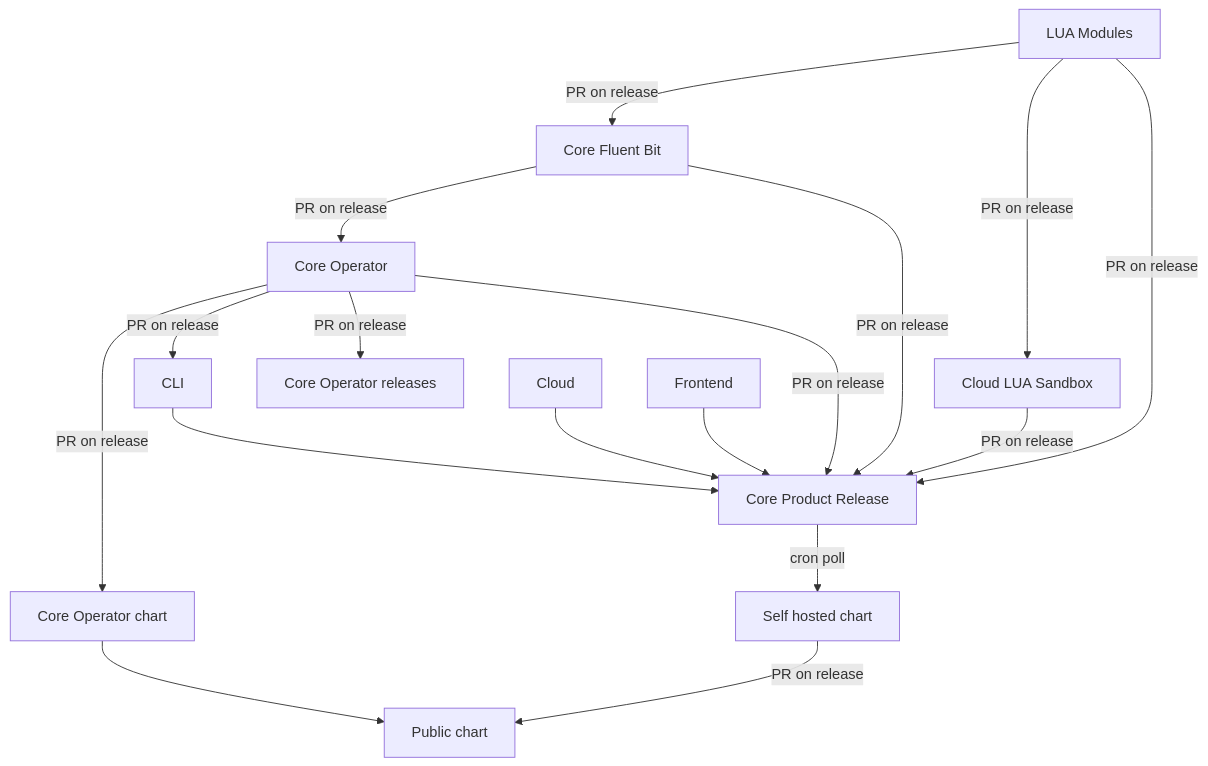
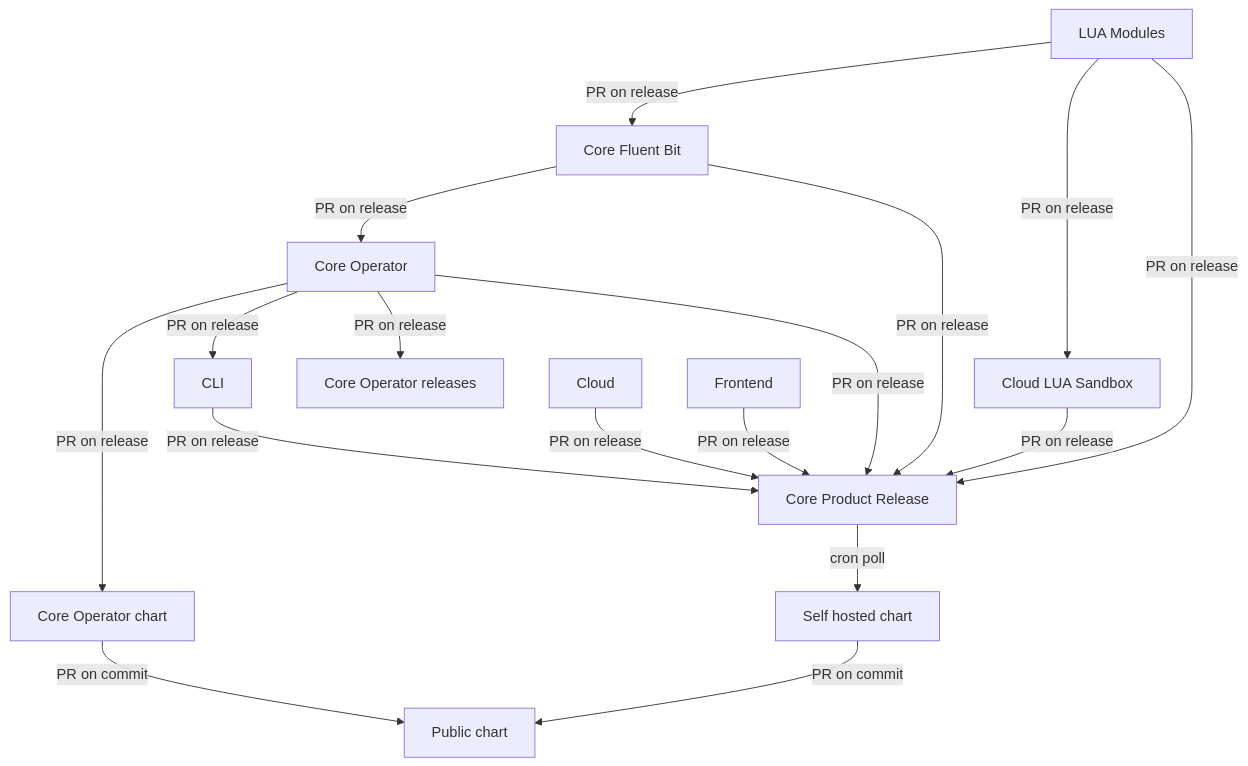
Before and after one commit to chronosphereio/calyptia-core-product-release: the diagram in README.md, drawn with Mermaid.

Commit message:
docs: add missing link info

````diff
--- a/README.md
+++ b/README.md
@@ -11,24 +11,24 @@
 ```mermaid
 graph TD;
    LM[LUA Modules]-- PR on release -->CFB[Core Fluent Bit];
    LM[LUA Modules]-- PR on release -->CLS[Cloud LUA Sandbox];
    LM[LUA Modules]-- PR on release -->CPR[Core Product Release];
 
    CFB[Core Fluent Bit]-- PR on release -->CO[Core Operator];
    CFB[Core Fluent Bit]-- PR on release -->CPR[Core Product Release];
 
    CO[Core Operator]-- PR on release -->COC[Core Operator chart];
    CO[Core Operator]-- PR on release -->CLI;
    CO[Core Operator]-- PR on release -->COR[Core Operator releases];
    CO[Core Operator]-- PR on release -->CPR[Core Product Release];
 
-   COC[Core Operator chart]-->PC[Public chart];
+   COC[Core Operator chart]-- PR on commit -->PC[Public chart];
 
-   CLI-->CPR[Core Product Release];
-   Cloud-->CPR[Core Product Release];
-   Frontend-->CPR[Core Product Release];
+   CLI-- PR on release -->CPR[Core Product Release];
+   Cloud-- PR on release -->CPR[Core Product Release];
+   Frontend-- PR on release -->CPR[Core Product Release];
    CLS[Cloud LUA Sandbox]-- PR on release -->CPR[Core Product Release];
 
    CPR[Core Product Release]-- cron poll -->SHC[Self hosted chart];
-   SHC[Self hosted chart]-- PR on release -->PC[Public chart];
+   SHC[Self hosted chart]-- PR on commit -->PC[Public chart];
 ```
````
